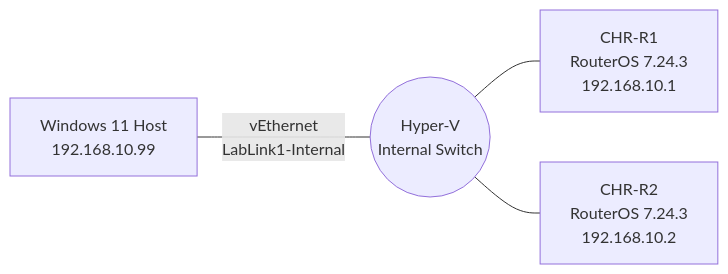
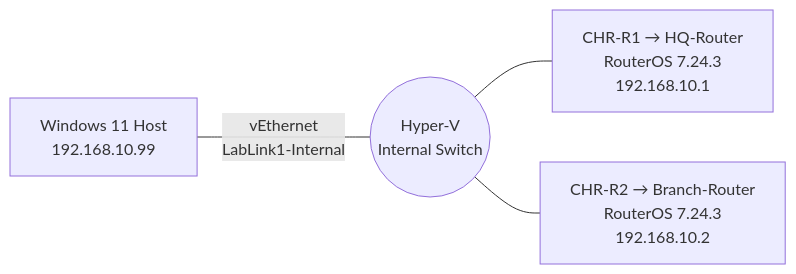
One commit to tarikndc/MTCNA-Routers-LAB changed the second of 2 diagrams in README.md. Above: the diagram before and after it, drawn with Mermaid. The commit also changed other lines of this file, not shown here.

````diff
--- a/README.md
+++ b/README.md
@@ -13,6 +60,6 @@
 ```mermaid
 graph LR
     Host["Windows 11 Host<br/>192.168.10.99"] ---|vEthernet<br/>LabLink1-Internal| Switch((Hyper-V<br/>Internal Switch))
-    Switch --- R1["CHR-R1<br/>RouterOS 7.24.3<br/>192.168.10.1"]
-    Switch --- R2["CHR-R2<br/>RouterOS 7.24.3<br/>192.168.10.2"]
+    Switch --- R1["CHR-R1 → HQ-Router<br/>RouterOS 7.24.3<br/>192.168.10.1"]
+    Switch --- R2["CHR-R2 → Branch-Router<br/>RouterOS 7.24.3<br/>192.168.10.2"]
 ```
````
